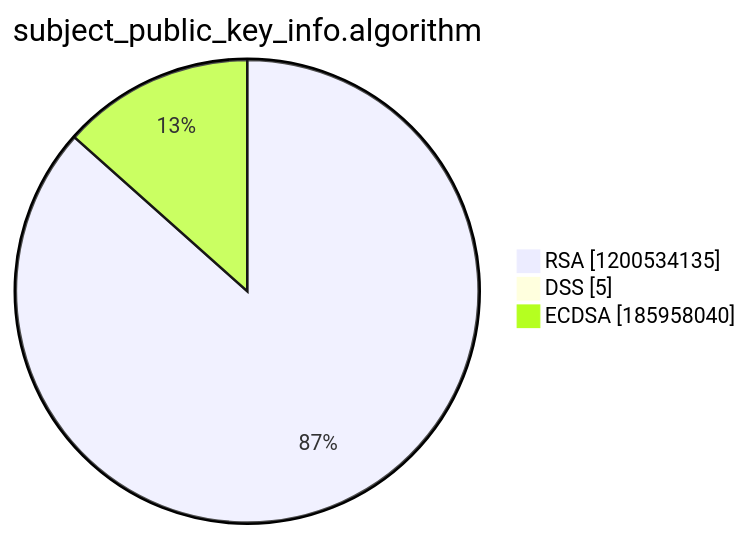
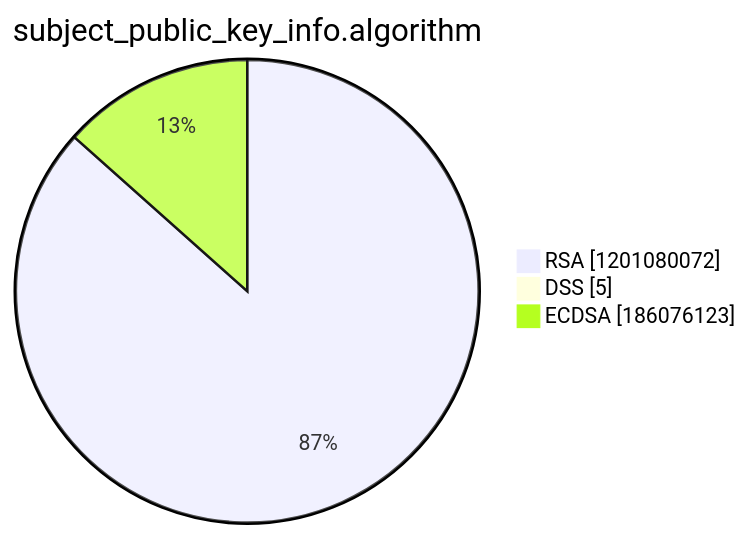
Before and after one commit to christiankrug/ctmonitor_visualization: the third of 15 diagrams in argon2022/README.md, drawn with Mermaid. The commit also changed other lines of this file, not shown here.

````diff
--- a/argon2022/README.md
+++ b/argon2022/README.md
@@ -14,7 +14,7 @@
 ```mermaid
 pie showData
 title subject_public_key_info.algorithm
-"RSA" :1200534135
+"RSA" :1201080072
 "DSS" :5
-"ECDSA" :185958040
+"ECDSA" :186076123
 ```
````
